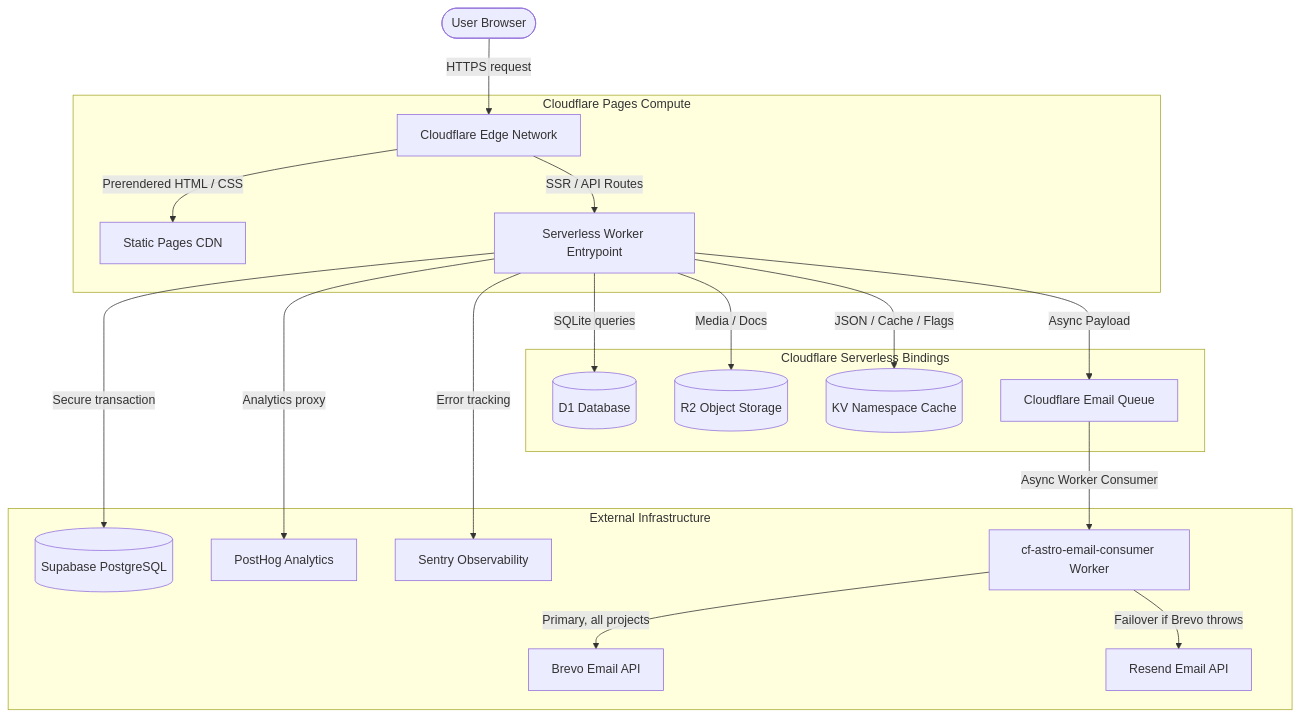
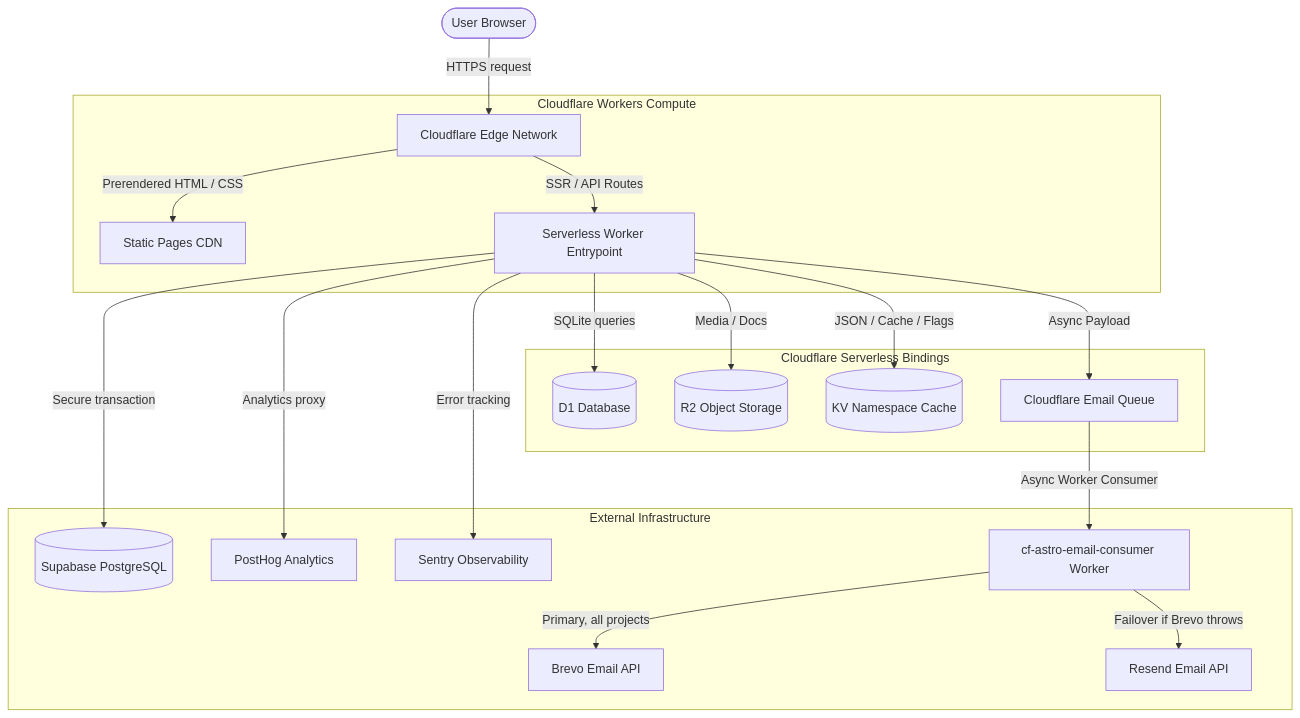
The diagram in synced-docs/cf-astro/Documentation/SYSTEM-ARCHITECTURE.md (Harshil8136/chess-game1), drawn with Mermaid before and after one commit. The commit also changed other lines of this file and 2 other files, not shown here.

````diff
--- a/synced-docs/cf-astro/Documentation/SYSTEM-ARCHITECTURE.md
+++ b/synced-docs/cf-astro/Documentation/SYSTEM-ARCHITECTURE.md
@@ -24,25 +24,25 @@
 ```mermaid
 graph TD
     User([User Browser]) -->|HTTPS request| CF_Edge[Cloudflare Edge Network]
 
-    subgraph Cloudflare Pages Compute
+    subgraph Cloudflare Workers Compute
         CF_Edge -->|Prerendered HTML / CSS| Static_CDN[Static Pages CDN]
         CF_Edge -->|SSR / API Routes| Edge_Worker[Serverless Worker Entrypoint]
     end
 
     subgraph Cloudflare Serverless Bindings
         Edge_Worker -->|SQLite queries| D1_DB[(D1 Database)]
         Edge_Worker -->|Media / Docs| R2_Bucket[(R2 Object Storage)]
         Edge_Worker -->|JSON / Cache / Flags| KV_Cache[(KV Namespace Cache)]
         Edge_Worker -->|Async Payload| Email_Queue[Cloudflare Email Queue]
     end
 
     subgraph External Infrastructure
         Edge_Worker -->|Secure transaction| Supabase_Postgres[(Supabase PostgreSQL)]
         Edge_Worker -->|Analytics proxy| PostHog[PostHog Analytics]
         Edge_Worker -->|Error tracking| Sentry[Sentry Observability]
         Email_Queue -->|Async Worker Consumer| Sidecar_Worker[cf-astro-email-consumer Worker]
         Sidecar_Worker -->|Primary, all projects| Brevo[Brevo Email API]
         Sidecar_Worker -->|Failover if Brevo throws| Resend[Resend Email API]
     end
 ```
````
